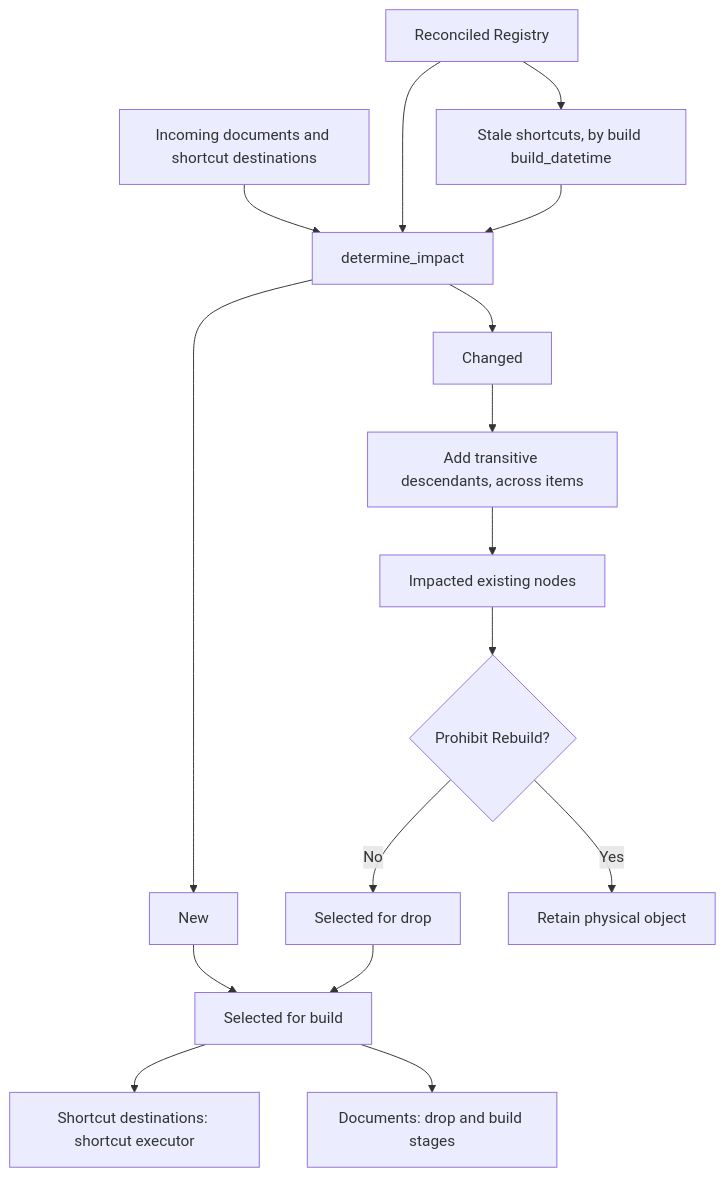
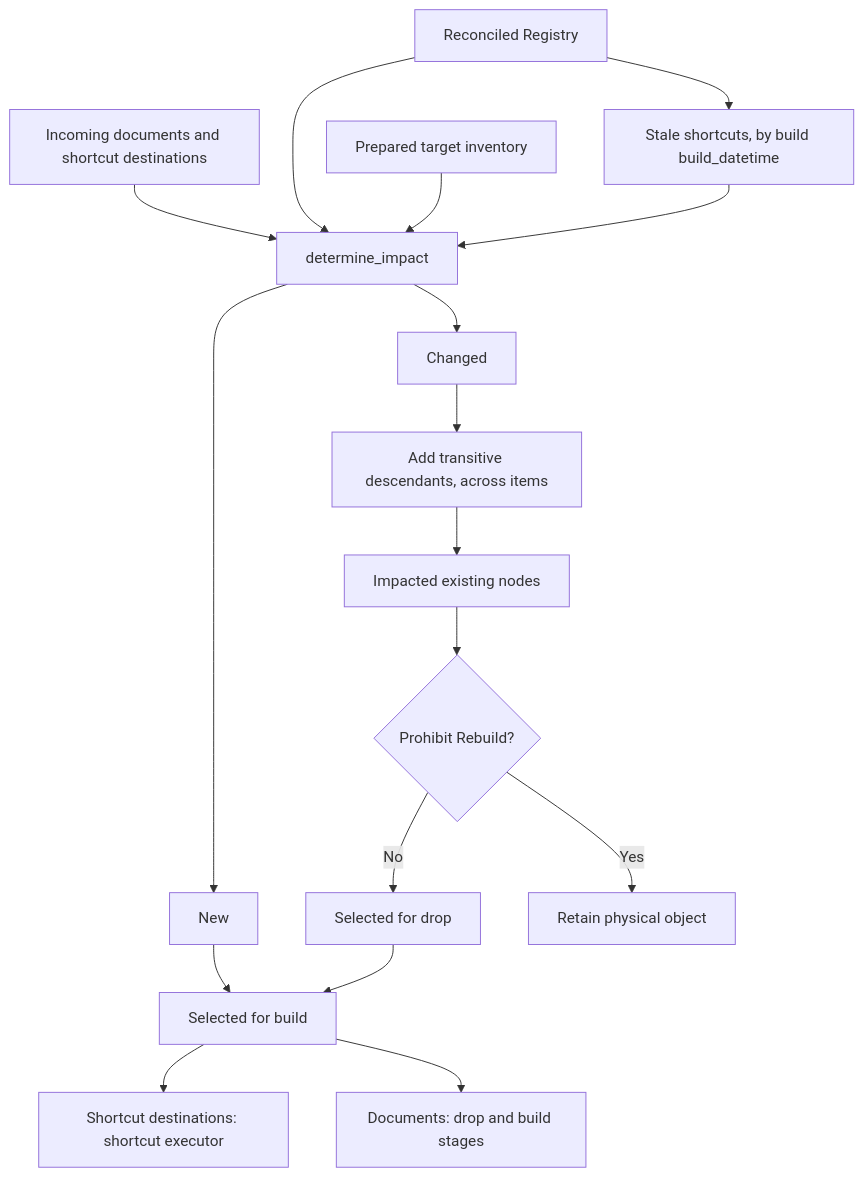
Before and after one commit to matthias-wong-dev/weaverstack: the second of 4 diagrams in design/how-does-build-work.md, drawn with Mermaid. The commit also changed other lines of this file and 32 other files, not shown here.

````diff
--- a/design/how-does-build-work.md
+++ b/design/how-does-build-work.md
@@ -357,26 +380,28 @@
 ```mermaid
 flowchart TD
     R["Incoming documents and shortcut destinations"]
     C["Reconciled Registry"]
+    T["Prepared target inventory"]
     E["Stale shortcuts, by build build_datetime"]
 
     R --> I["determine_impact"]
     C --> I
+    T --> I
     C --> E
     E --> I
 
     I --> N["New"]
     I --> H["Changed"]
     H --> D["Add transitive descendants, across items"]
     D --> A["Impacted existing nodes"]
 
     A --> P{"Prohibit Rebuild?"}
     P -->|No| DROP["Selected for drop"]
     P -->|Yes| KEEP["Retain physical object"]
 
     N --> BUILD["Selected for build"]
     DROP --> BUILD
 
     BUILD --> AL["Shortcut destinations: shortcut executor"]
     BUILD --> DOC["Documents: drop and build stages"]
 ```
````
